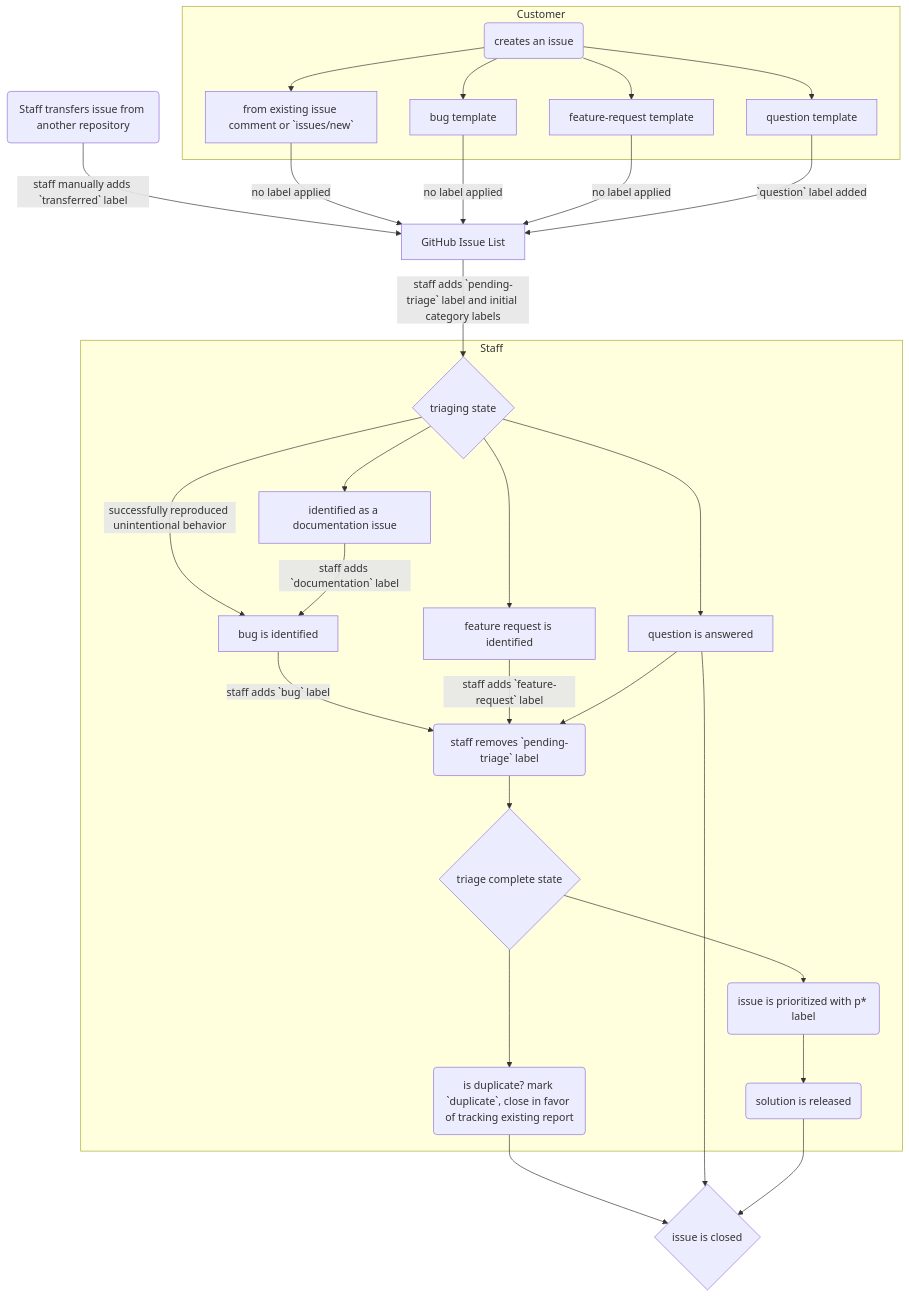
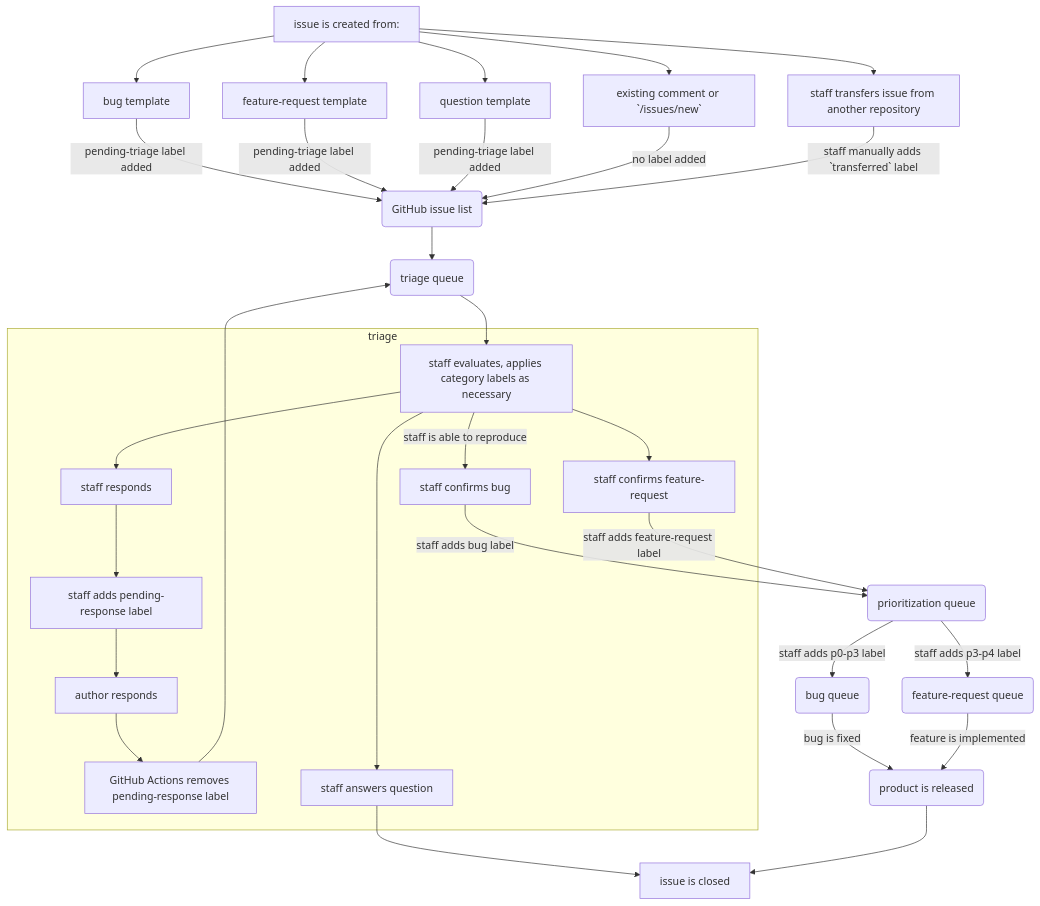
One commit to josefaidt/oss-notes changed the diagram in triage-flowchart.md. Above: the diagram before and after it, drawn with Mermaid.

````diff
--- a/triage-flowchart.md
+++ b/triage-flowchart.md
@@ -9,51 +9,71 @@
 ```mermaid
-graph TD
-    A(Staff transfers issue from another repository) -->|staff manually adds `transferred` label| H[GitHub Issue List]
-    B(creates an issue)
-    subgraph "Customer"
-        B --> D[from existing issue comment or `issues/new`]
-        B --> E[bug template]
-        B --> F[feature-request template]
-        B --> G[question template]
+flowchart TD
+    issueCreated[issue is created from:]
+    fromTemplateBug[bug template]
+    fromTemplateFeatureRequest[feature-request template]
+    fromTemplateQuestion[question template]
+    fromTemplateNone[existing comment or `/issues/new`]
+    fromTransferred[staff transfers issue from another repository]
+
+    issueCreated-->fromTemplateBug
+    issueCreated-->fromTemplateFeatureRequest
+    issueCreated-->fromTemplateQuestion
+    issueCreated-->fromTemplateNone
+    issueCreated-->fromTransferred
+
+    fromTemplateBug-->|pending-triage label added|entityGitHubIssueList
+    fromTemplateFeatureRequest-->|pending-triage label added|entityGitHubIssueList
+    fromTemplateQuestion-->|pending-triage label added|entityGitHubIssueList
+    fromTemplateNone-->|no label added|entityGitHubIssueList
+    fromTransferred-->|staff manually adds `transferred` label|entityGitHubIssueList
+
+    entityGitHubIssueList(GitHub issue list)
+    entityTriageQueue(triage queue)
+
+    subgraph triage
+        triageBegins[staff evaluates, applies category labels as necessary]
+
+        %% staff response flow
+        triageStaffResponse[staff responds]
+        triageStaffAddsPendingResponse[staff adds pending-response label]
+        triageAuthorResponse[author responds]
+        triageGitHubActionsRemovesPendingResponse[GitHub Actions removes pending-response label]
+
+        triageBegins-->triageStaffResponse
+        triageStaffResponse-->triageStaffAddsPendingResponse
+        triageStaffAddsPendingResponse-->triageAuthorResponse
+        triageAuthorResponse-->triageGitHubActionsRemovesPendingResponse
+
+        %% staff reproduction flow
+        triageStaffConfirmsBug[staff confirms bug]
+        triageStaffConfirmsFeatureRequest[staff confirms feature-request]
+        triageStaffAnswersQuestion[staff answers question]
+
+        triageBegins-->|staff is able to reproduce|triageStaffConfirmsBug
+        triageBegins-->triageStaffConfirmsFeatureRequest
+        triageBegins-->triageStaffAnswersQuestion
+
+        %% triageStaffLabelCorrection[staff corrects labels as needed]
     end
-    H[GitHub Issue List]
-    D -->|no label applied| H
-    E -->|no label applied| H
-    F -->|no label applied| H
-    G -->|`question` label added| H
-    I{triaging state}
-    H -->|staff adds `pending-triage` label and initial category labels| I
-    subgraph Staff
-        I
-        J
-        K
-        L
-        M
-        N
-        O
-        P
-        Q
-        R
-    end
-    I -->|successfully reproduced unintentional behavior| J[bug is identified]
-    I --> K[feature request is identified]
-    I --> L[question is answered]
-    I --> M[identified as a documentation issue]
-    M -->|staff adds `documentation` label| J
-    N(staff removes `pending-triage` label)
-    J -->|staff adds `bug` label| N
-    K -->|staff adds `feature-request` label| N
-    L --> N
-    O{triage complete state}
-    N --> O
-    P(issue is prioritized with p* label)
-    Q(is duplicate? mark `duplicate`, close in favor of tracking existing report)
-    O --> P
-    O --> Q
-    R(solution is released)
-    P --> R
-    Z{issue is closed}
-    Q --> Z
-    L --> Z
-    R --> Z
+
+    triageGitHubActionsRemovesPendingResponse-->entityTriageQueue
+    entityGitHubIssueList-->entityTriageQueue
+    entityTriageQueue-->triageBegins
+
+    entityQueuePrioritization(prioritization queue)
+    entityQueueBug(bug queue)
+    entityQueueFeatureRequest(feature-request queue)
+
+    triageStaffAnswersQuestion-->issueStateClosed
+    triageStaffConfirmsBug-->|staff adds bug label|entityQueuePrioritization
+    triageStaffConfirmsFeatureRequest-->|staff adds feature-request label|entityQueuePrioritization
+
+    entityQueuePrioritization-->|staff adds p0-p3 label|entityQueueBug
+    entityQueuePrioritization-->|staff adds p3-p4 label|entityQueueFeatureRequest
+    entityRelease(product is released)
+    entityQueueBug-->|bug is fixed|entityRelease
+    entityQueueFeatureRequest-->|feature is implemented|entityRelease
+
+    issueStateClosed[issue is closed]
+    entityRelease-->issueStateClosed
 ```
````
